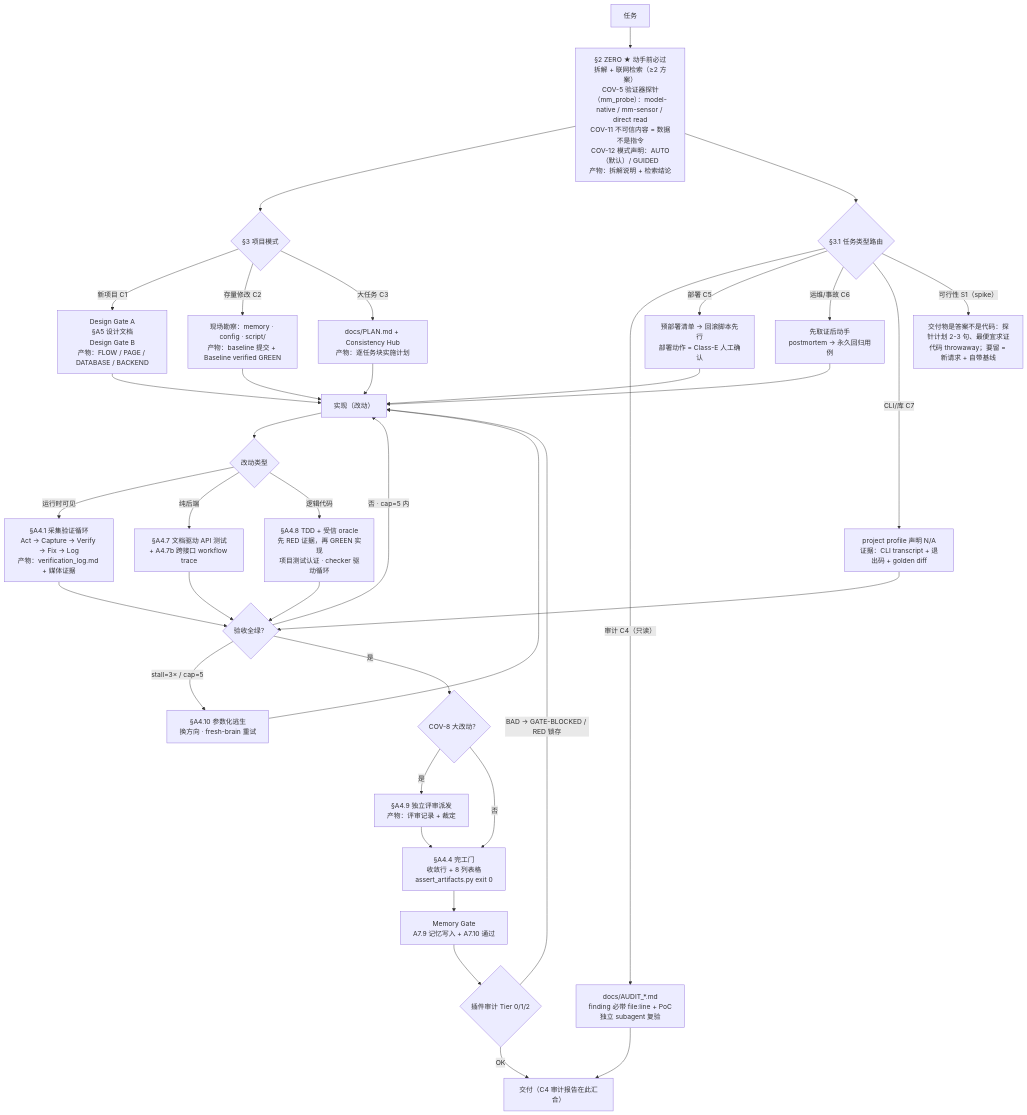
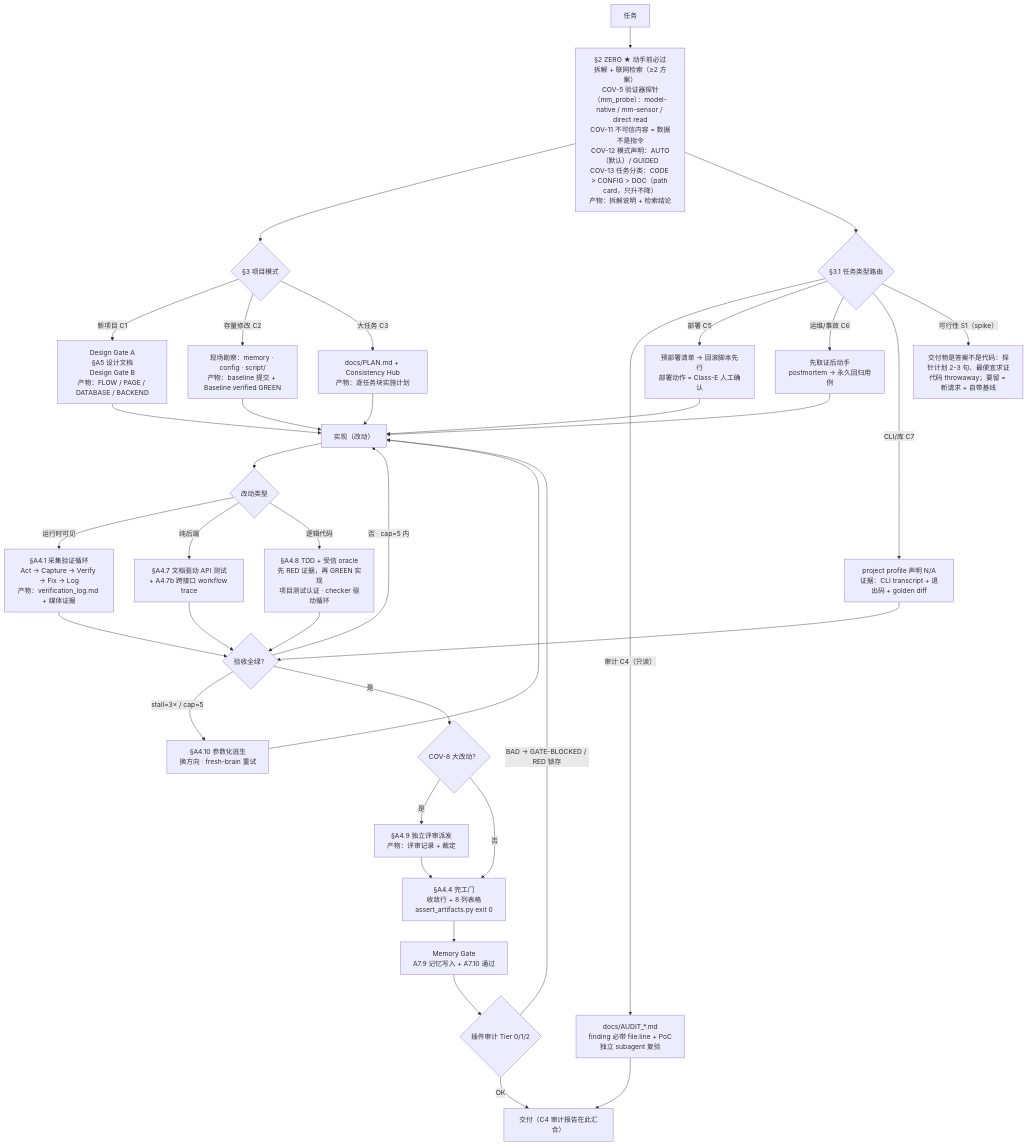
The diagram in README_zh.md (logandoo/vibeweaver), drawn with Mermaid before and after one commit. The commit also changed other lines of this file and 13 other files, not shown here.

````diff
--- a/README_zh.md
+++ b/README_zh.md
@@ -229,39 +240,39 @@
 ```mermaid
 flowchart TD
-    A["任务"] --> B["§2 ZERO ★ 动手前必过<br/>拆解 + 联网检索（≥2 方案）<br/>COV-5 验证器探针（mm_probe）：model-native / mm-sensor / direct read<br/>COV-11 不可信内容 = 数据不是指令<br/>COV-12 模式声明：AUTO（默认）/ GUIDED<br/>产物：拆解说明 + 检索结论"]
+    A["任务"] --> B["§2 ZERO ★ 动手前必过<br/>拆解 + 联网检索（≥2 方案）<br/>COV-5 验证器探针（mm_probe）：model-native / mm-sensor / direct read<br/>COV-11 不可信内容 = 数据不是指令<br/>COV-12 模式声明：AUTO（默认）/ GUIDED<br/>COV-13 任务分类：CODE > CONFIG > DOC（path card，只升不降）<br/>产物：拆解说明 + 检索结论"]
     B --> C{"§3 项目模式"}
     C -->|"新项目 C1"| D1["Design Gate A<br/>§A5 设计文档<br/>Design Gate B<br/>产物：FLOW / PAGE / DATABASE / BACKEND"]
     C -->|"存量修改 C2"| D2["现场勘察：memory · config · script/<br/>产物：baseline 提交 + Baseline verified GREEN"]
     C -->|"大任务 C3"| D3["docs/PLAN.md + Consistency Hub<br/>产物：逐任务块实施计划"]
     B --> T{"§3.1 任务类型路由"}
     T -->|"审计 C4（只读）"| T4["docs/AUDIT_*.md<br/>finding 必带 file:line + PoC<br/>独立 subagent 复验"]
     T -->|"部署 C5"| T5["预部署清单 → 回滚脚本先行<br/>部署动作 = Class-E 人工确认"]
     T -->|"运维/事故 C6"| T6["先取证后动手<br/>postmortem → 永久回归用例"]
     T -->|"CLI/库 C7"| T7["project profile 声明 N/A<br/>证据：CLI transcript + 退出码 + golden diff"]
     T -->|"可行性 S1（spike）"| T8["交付物是答案不是代码：探针计划 2-3 句、最便宜求证<br/>代码 throwaway；要留 = 新请求 + 自带基线"]
     D1 --> E["实现（改动）"]
     D2 --> E
     D3 --> E
     T5 --> E
     T6 --> E
     T7 --> H
     T4 --> O
     E --> F{"改动类型"}
     F -->|"运行时可见"| G1["§A4.1 采集验证循环<br/>Act → Capture → Verify → Fix → Log<br/>产物：verification_log.md + 媒体证据"]
     F -->|"纯后端"| G2["§A4.7 文档驱动 API 测试<br/>+ A4.7b 跨接口 workflow trace"]
     F -->|"逻辑代码"| G3["§A4.8 TDD + 受信 oracle<br/>先 RED 证据，再 GREEN 实现<br/>项目测试认证 · checker 驱动循环"]
     G1 --> H{"验收全绿？"}
     G2 --> H
     G3 --> H
     H -->|"否 · cap=5 内"| E
     H -->|"stall=3× / cap=5"| I["§A4.10 参数化逃生<br/>换方向 · fresh-brain 重试"]
     I --> E
     H -->|"是"| J{"COV-8 大改动？"}
     J -->|"是"| K["§A4.9 独立评审派发<br/>产物：评审记录 + 裁定"]
     K --> L["§A4.4 完工门<br/>收敛行 + 8 列表格<br/>assert_artifacts.py exit 0"]
     J -->|"否"| L
     L --> M["Memory Gate<br/>A7.9 记忆写入 + A7.10 通过"]
     M --> N{"插件审计 Tier 0/1/2"}
     N -->|"BAD → GATE-BLOCKED / RED 锁存"| E
     N -->|"OK"| O["交付（C4 审计报告在此汇合）"]
 ```
````
